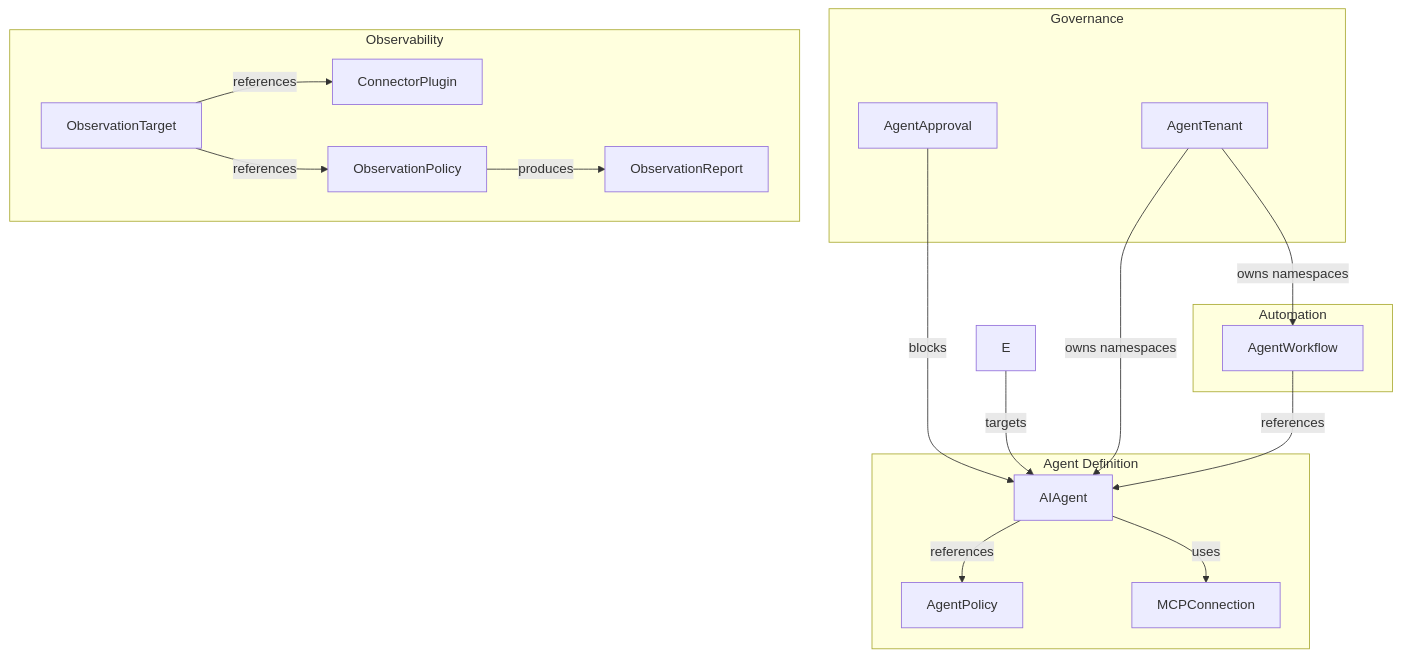
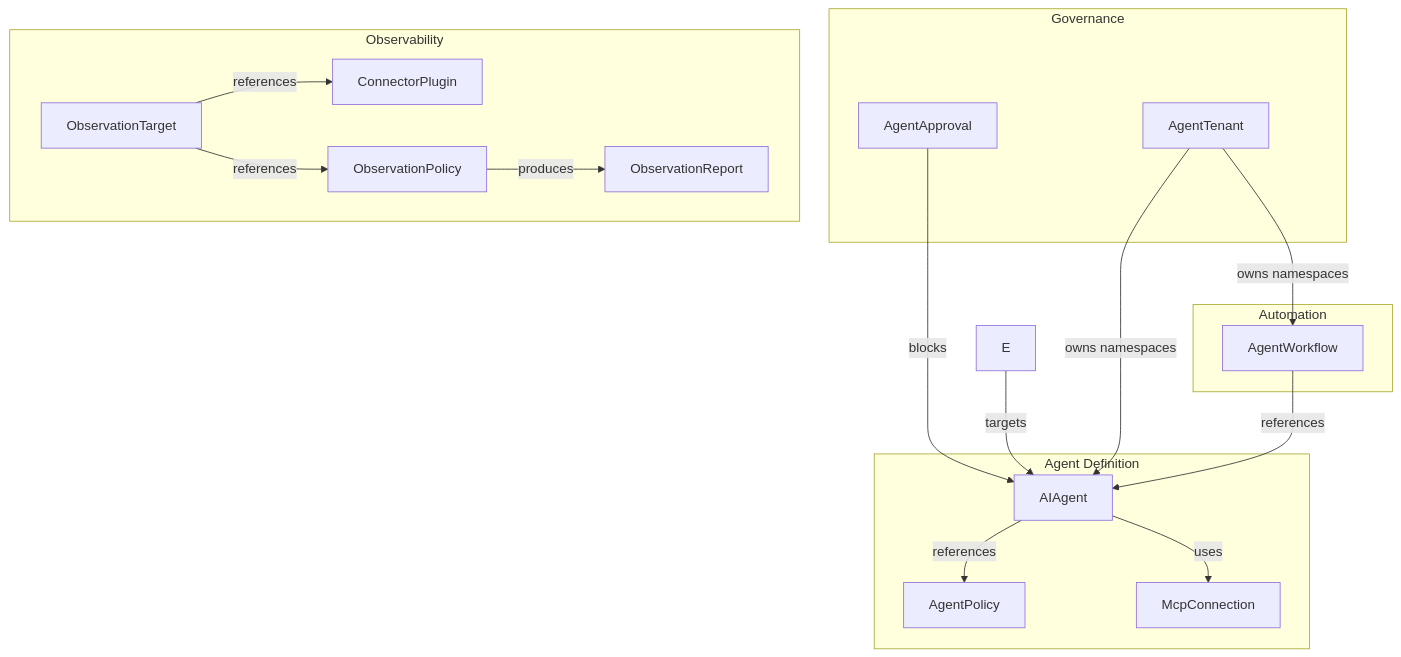
Before and after one commit to ykbytes/kubesynapse.ai: the fifth of 5 diagrams in docs/architecture.md, drawn with Mermaid. The commit also changed other lines of this file and 83 other files, not shown here.

````diff
--- a/docs/architecture.md
+++ b/docs/architecture.md
@@ -246,35 +248,35 @@
 ```mermaid
 flowchart TB
     subgraph Agent["Agent Definition"]
         A[AIAgent]
         P[AgentPolicy]
-        M[MCPConnection]
+        M[McpConnection]
     end
 
     subgraph Governance["Governance"]
         AP[AgentApproval]
         AT[AgentTenant]
     end
 
     subgraph Automation["Automation"]
         W[AgentWorkflow]
     end
 
     subgraph Observability["Observability"]
         OT[ObservationTarget]
         OP[ObservationPolicy]
         OC[ConnectorPlugin]
         OR[ObservationReport]
     end
 
     A -->|references| P
     A -->|uses| M
     W -->|references| A
     E -->|targets| A
     AP -->|blocks| A
     AT -->|owns namespaces| A
     AT -->|owns namespaces| W
     OT -->|references| OC
     OT -->|references| OP
     OP -->|produces| OR
 ```
````
